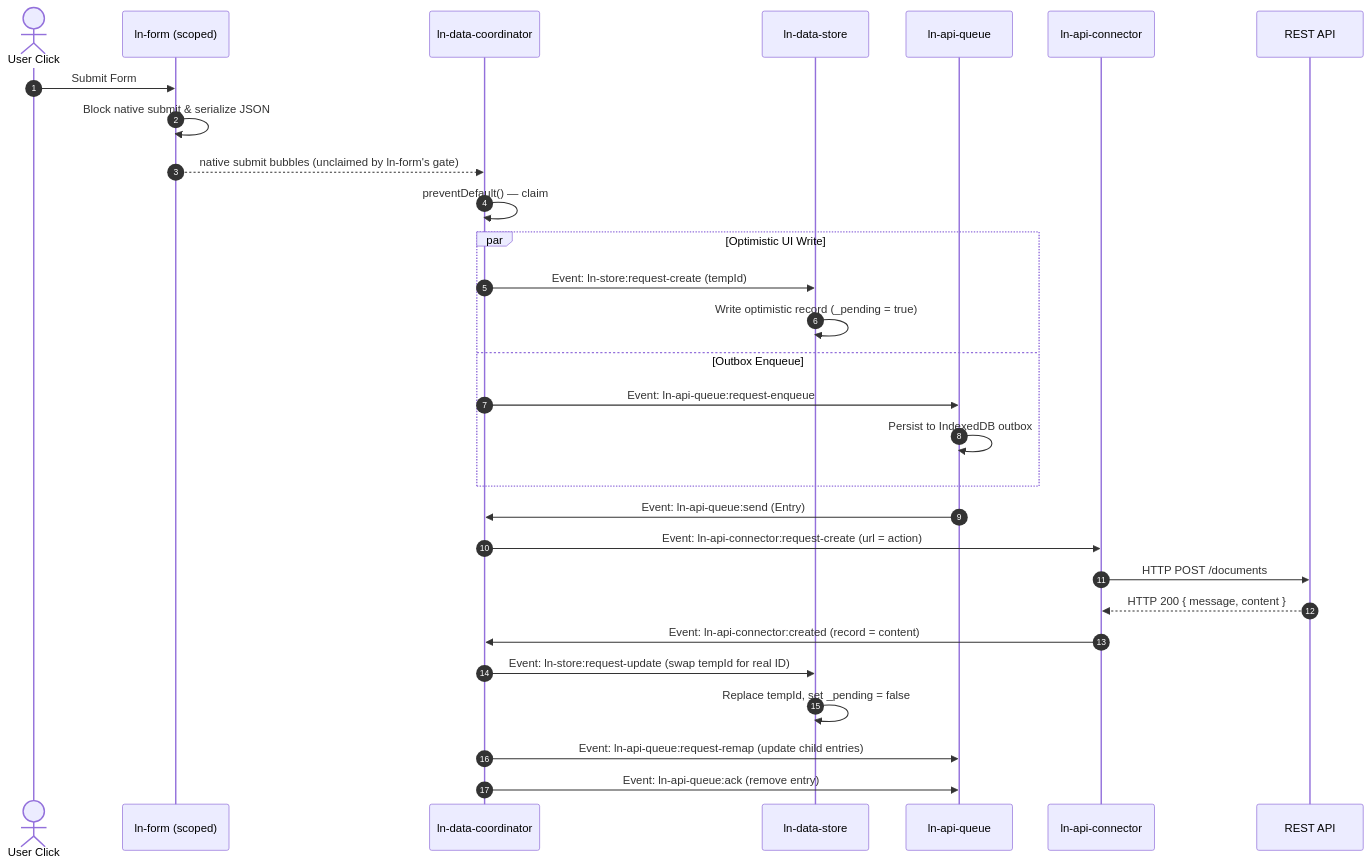
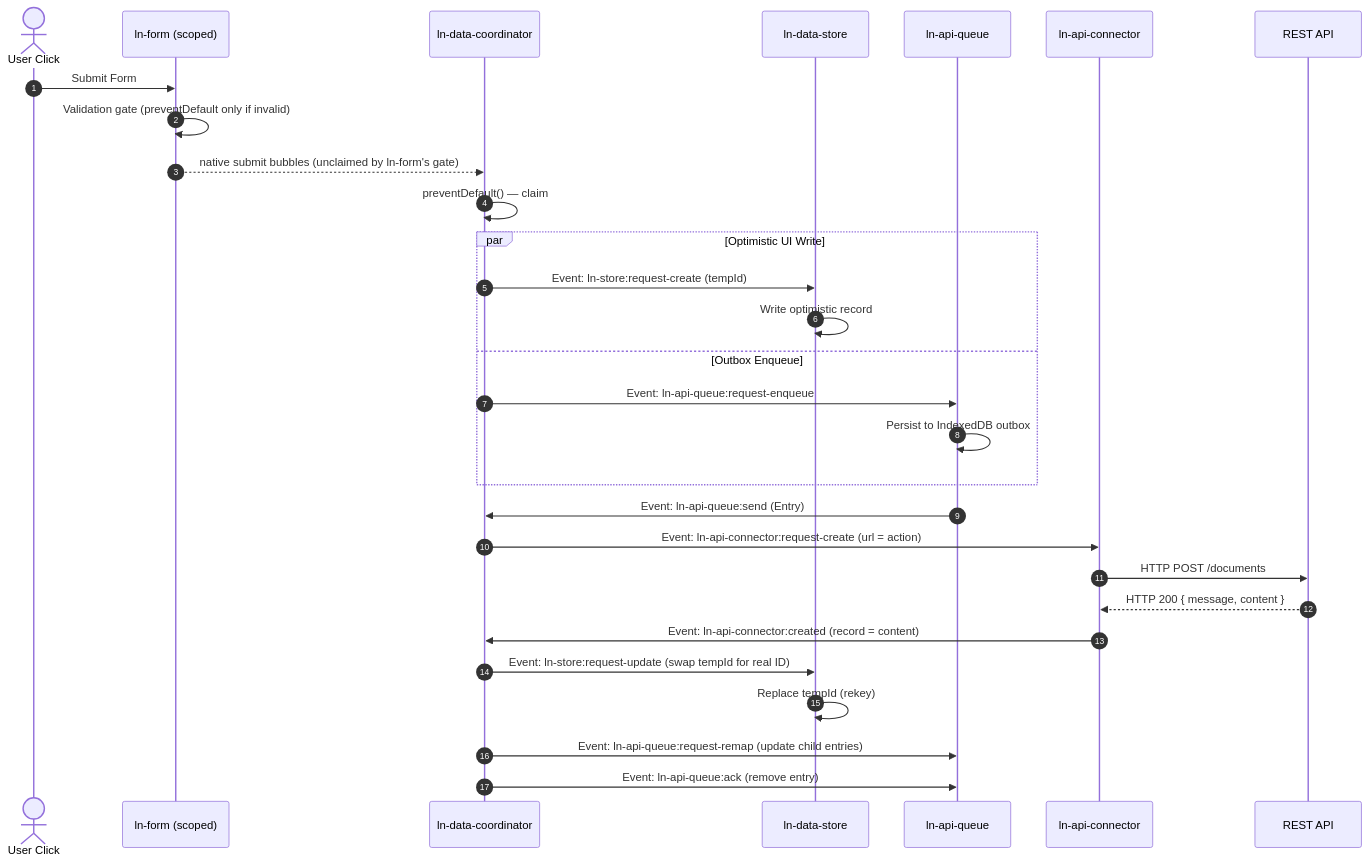
Before and after one commit to livenetworks/ln-ashlar: the diagram in docs-mcp/guides/write-workflow.md, drawn with Mermaid. The commit also changed other lines of this file and 5 other files, not shown here.

First line of the commit message:
docs: docs-mcp v2 write-pipeline corrections + ln-form draft slim

````diff
--- a/docs-mcp/guides/write-workflow.md
+++ b/docs-mcp/guides/write-workflow.md
@@ -93,35 +93,35 @@
 ```mermaid
 sequenceDiagram
     autonumber
     actor User as User Click
     participant Form as ln-form (scoped)
     participant Coord as ln-data-coordinator
     participant Store as ln-data-store
     participant Queue as ln-api-queue
     participant Conn as ln-api-connector
     participant Server as REST API
 
     User->>Form: Submit Form
-    Form->>Form: Block native submit & serialize JSON
+    Form->>Form: Validation gate (preventDefault only if invalid)
     Form-->>Coord: native submit bubbles (unclaimed by ln-form's gate)
     Coord->>Coord: preventDefault() — claim
     
     par Optimistic UI Write
         Coord->>Store: Event: ln-store:request-create (tempId)
-        Store->>Store: Write optimistic record (_pending = true)
+        Store->>Store: Write optimistic record
     and Outbox Enqueue
         Coord->>Queue: Event: ln-api-queue:request-enqueue
         Queue->>Queue: Persist to IndexedDB outbox
     end
     
     Queue->>Coord: Event: ln-api-queue:send (Entry)
     Coord->>Conn: Event: ln-api-connector:request-create (url = action)
     Conn->>Server: HTTP POST /documents
     Server-->>Conn: HTTP 200 { message, content }
     Conn->>Coord: Event: ln-api-connector:created (record = content)
     
     Coord->>Store: Event: ln-store:request-update (swap tempId for real ID)
-    Store->>Store: Replace tempId, set _pending = false
+    Store->>Store: Replace tempId (rekey)
     Coord->>Queue: Event: ln-api-queue:request-remap (update child entries)
     Coord->>Queue: Event: ln-api-queue:ack (remove entry)
 ```
````
